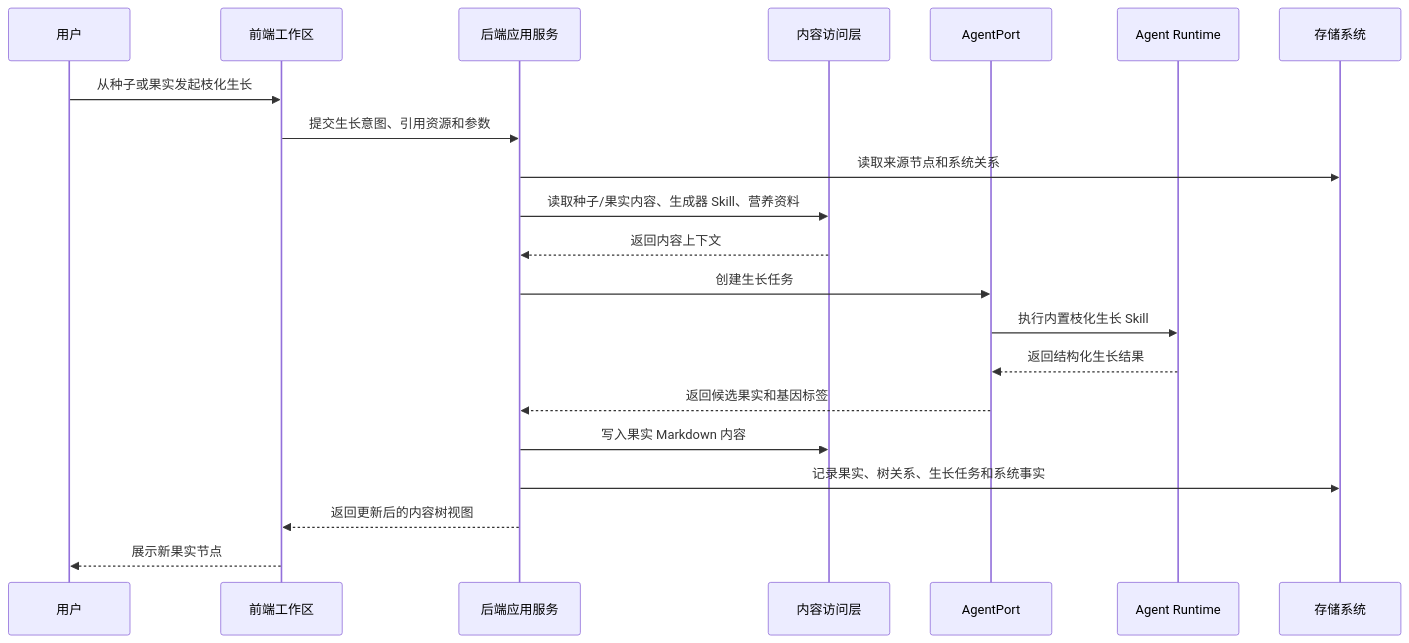
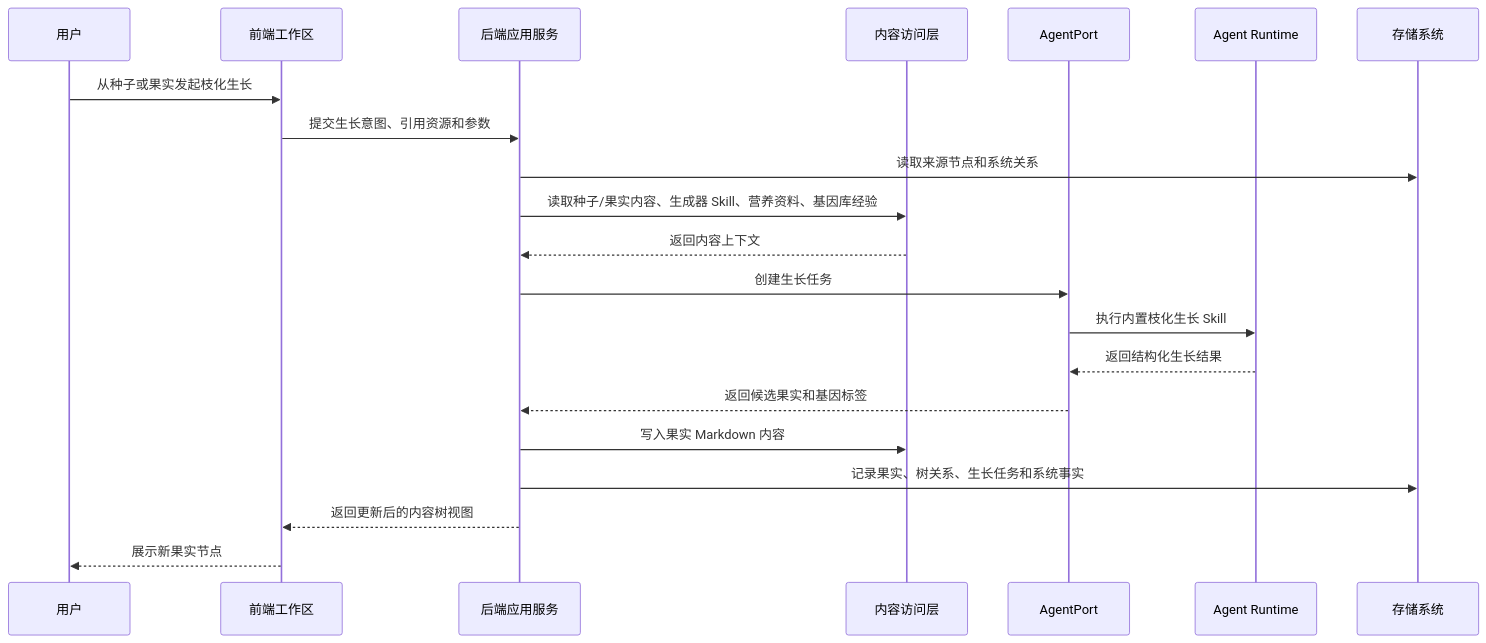
Before and after one commit to Time-Machine-Lab/ContentForest: the third of 6 diagrams in docs/design/内容森林架构设计文档.md, drawn with Mermaid. The commit also changed other lines of this file and 32 other files, not shown here.

````diff
--- a/docs/design/内容森林架构设计文档.md
+++ b/docs/design/内容森林架构设计文档.md
@@ -140,24 +141,24 @@
 ```mermaid
 sequenceDiagram
     participant U as 用户
     participant F as 前端工作区
     participant B as 后端应用服务
     participant C as 内容访问层
     participant A as AgentPort
     participant R as Agent Runtime
     participant S as 存储系统
 
     U->>F: 从种子或果实发起枝化生长
     F->>B: 提交生长意图、引用资源和参数
     B->>S: 读取来源节点和系统关系
-    B->>C: 读取种子/果实内容、生成器 Skill、营养资料
+    B->>C: 读取种子/果实内容、生成器 Skill、营养资料、基因库经验
     C-->>B: 返回内容上下文
     B->>A: 创建生长任务
     A->>R: 执行内置枝化生长 Skill
     R-->>A: 返回结构化生长结果
     A-->>B: 返回候选果实和基因标签
     B->>C: 写入果实 Markdown 内容
     B->>S: 记录果实、树关系、生长任务和系统事实
     B-->>F: 返回更新后的内容树视图
     F-->>U: 展示新果实节点
 ```
````
